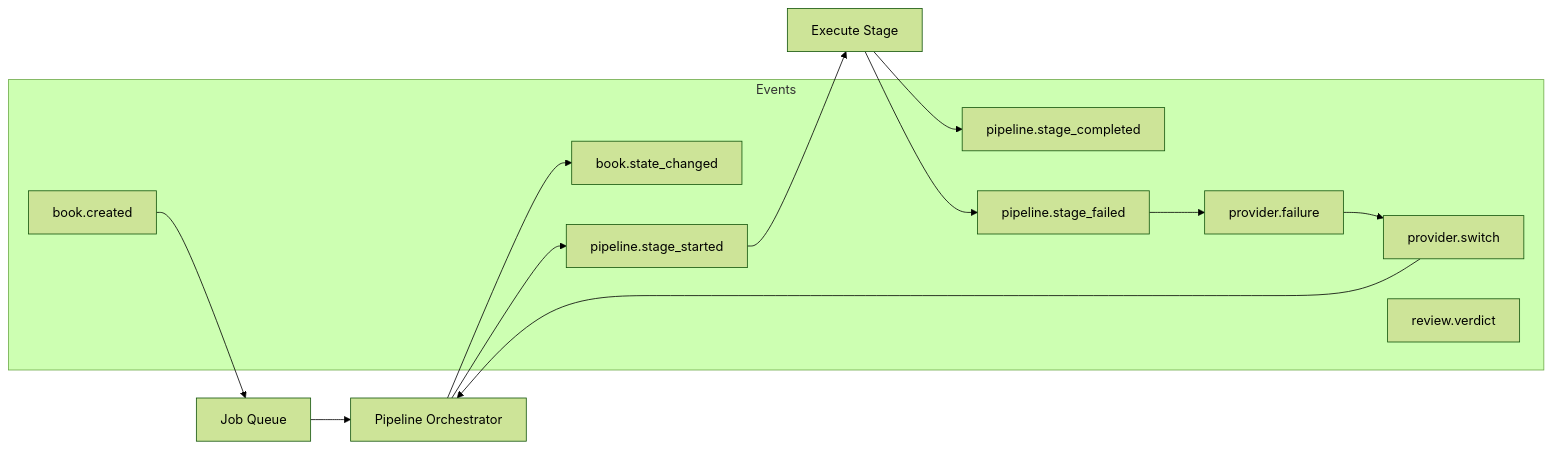
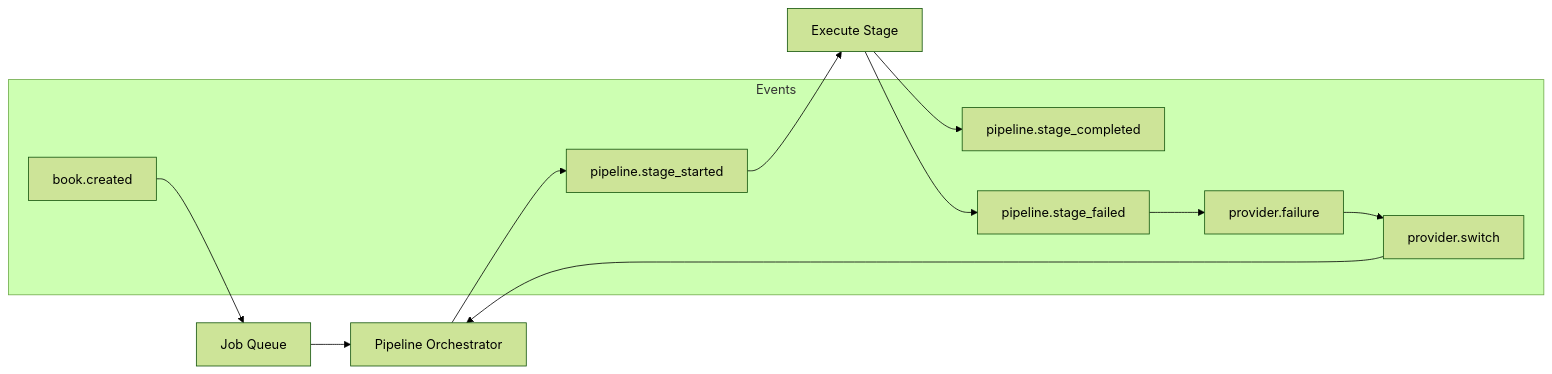
Before and after one commit to dsk-dev-ai/bookforge-ai: the sixth of 8 diagrams in docs/ARCHITECTURE.md, drawn with Mermaid (forest theme). The commit also changed other lines of this file and 33 other files, not shown here.

````diff
--- a/docs/ARCHITECTURE.md
+++ b/docs/ARCHITECTURE.md
@@ -589,24 +392,21 @@
 ```mermaid
 flowchart LR
     subgraph "Events"
         BC[book.created]
-        BS[book.state_changed]
         PL[pipeline.stage_started]
         PLS[pipeline.stage_completed]
         PLF[pipeline.stage_failed]
         PF[provider.failure]
         PS[provider.switch]
-        RV[review.verdict]
     end
 
     BC --> JQ[Job Queue]
     JQ --> ORCH[Pipeline Orchestrator]
     ORCH --> PL
     PL --> STAGE[Execute Stage]
     STAGE --> PLS
     STAGE --> PLF
     PLF --> PF
     PF --> PS
     PS --> ORCH
-    ORCH --> BS
 ```
````
